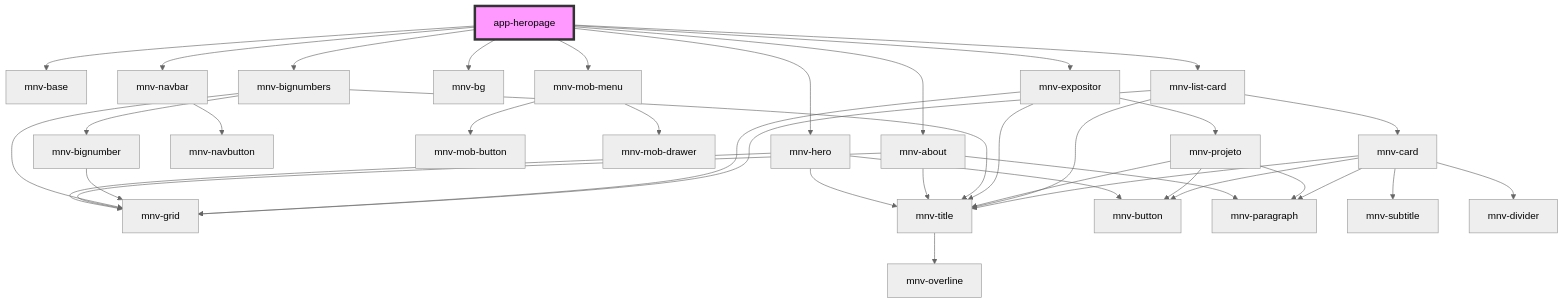
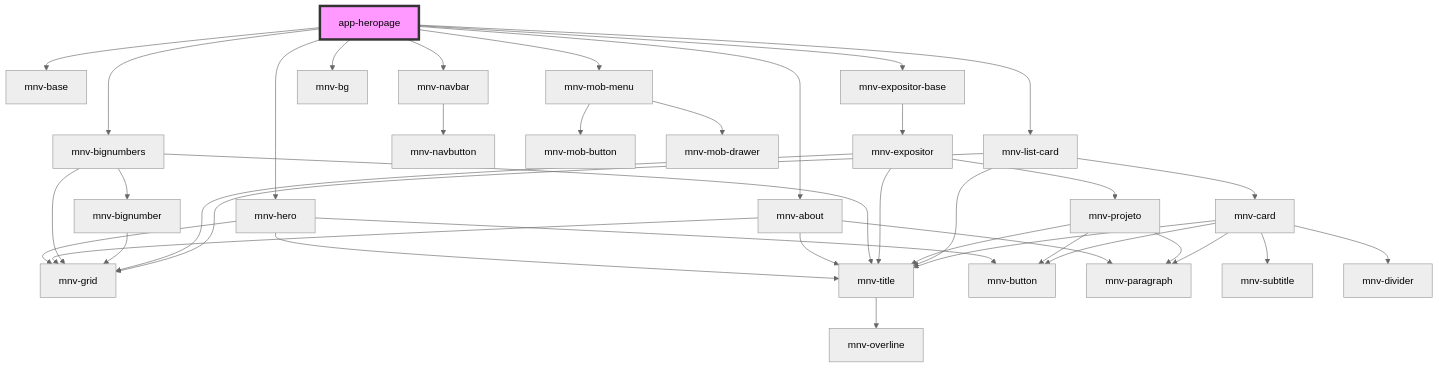
One commit to rafaela-vairo/ufrj-sustainable changed the diagram in src/components/app-pages/app-heropage/readme.md. Above: the diagram before and after it, drawn with Mermaid (neutral theme). The commit also changed other lines of this file and 41 other files, not shown here.

````diff
--- a/src/components/app-pages/app-heropage/readme.md
+++ b/src/components/app-pages/app-heropage/readme.md
@@ -28,41 +30,42 @@
 ```mermaid
 graph TD;
   app-heropage --> mnv-base
   app-heropage --> mnv-navbar
   app-heropage --> mnv-mob-menu
   app-heropage --> mnv-hero
   app-heropage --> mnv-bg
   app-heropage --> mnv-about
   app-heropage --> mnv-bignumbers
-  app-heropage --> mnv-expositor
+  app-heropage --> mnv-expositor-base
   app-heropage --> mnv-list-card
   mnv-navbar --> mnv-navbutton
   mnv-mob-menu --> mnv-mob-button
   mnv-mob-menu --> mnv-mob-drawer
   mnv-hero --> mnv-grid
   mnv-hero --> mnv-title
   mnv-hero --> mnv-button
   mnv-title --> mnv-overline
   mnv-about --> mnv-grid
   mnv-about --> mnv-title
   mnv-about --> mnv-paragraph
   mnv-bignumbers --> mnv-grid
   mnv-bignumbers --> mnv-title
   mnv-bignumbers --> mnv-bignumber
   mnv-bignumber --> mnv-grid
+  mnv-expositor-base --> mnv-expositor
   mnv-expositor --> mnv-grid
   mnv-expositor --> mnv-title
   mnv-expositor --> mnv-projeto
   mnv-projeto --> mnv-title
   mnv-projeto --> mnv-paragraph
   mnv-projeto --> mnv-button
   mnv-list-card --> mnv-grid
   mnv-list-card --> mnv-title
   mnv-list-card --> mnv-card
   mnv-card --> mnv-title
   mnv-card --> mnv-subtitle
   mnv-card --> mnv-divider
   mnv-card --> mnv-paragraph
   mnv-card --> mnv-button
   style app-heropage fill:#f9f,stroke:#333,stroke-width:4px
 ```
````
